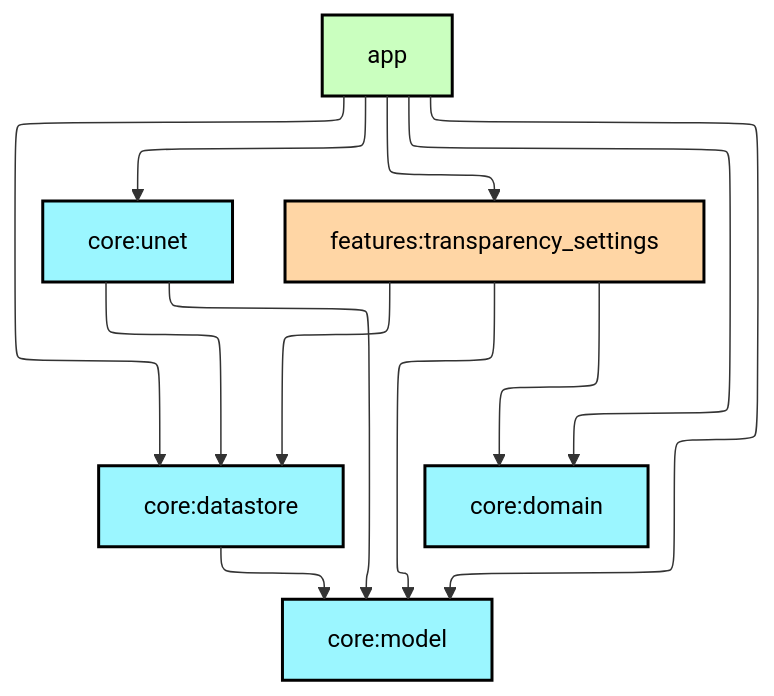
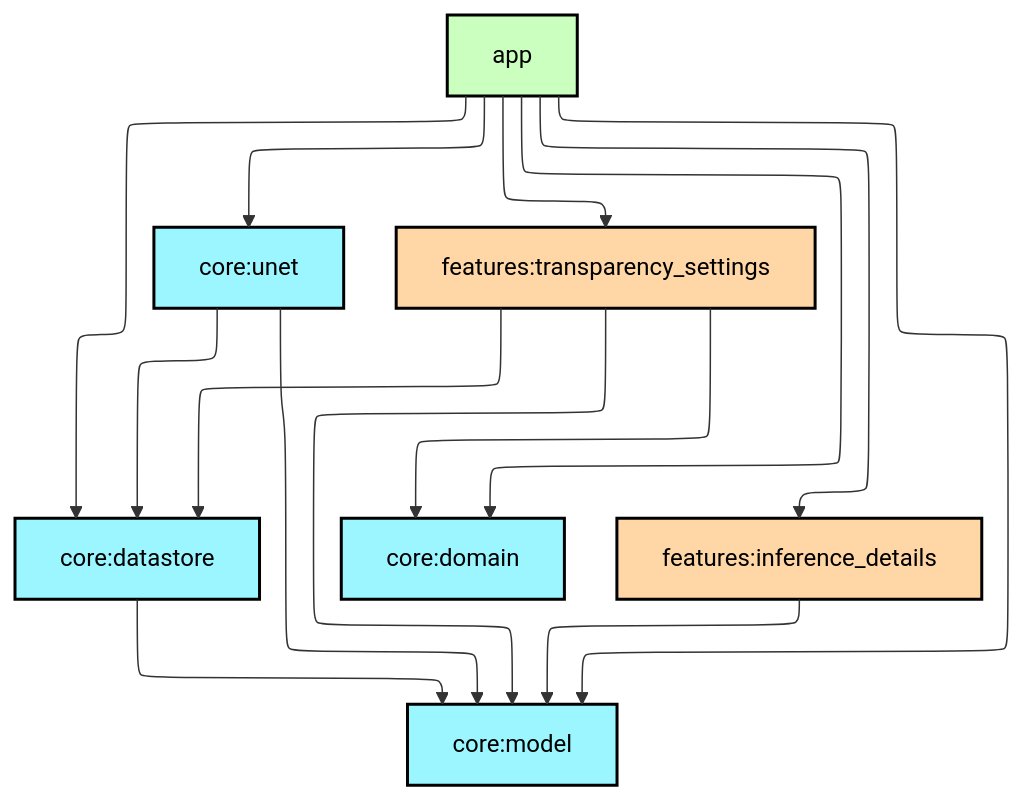
The first of 2 diagrams in UnetApplication/README.md (NikitaKorablev/UnetClassApplication), drawn with Mermaid before and after one commit. The commit also changed other lines of this file, not shown here.

Commit message:
docs: update README.md to reflect current modular architecture

````diff
--- a/UnetApplication/README.md
+++ b/UnetApplication/README.md
@@ -50,37 +51,41 @@
 ```mermaid
 ---
 config:
   layout: elk
   elk:
     nodePlacementStrategy: SIMPLE
 ---
 graph TB
   :app[app]:::android-application
   :core:unet[core:unet]:::android-library
   :core:model[core:model]:::android-library
   :core:datastore[core:datastore]:::android-library
   :core:domain[core:domain]:::android-library
   :features:transparency_settings[features:transparency_settings]:::android-feature
+  :features:inference_details[features:inference_details]:::android-feature
 
   :app --> :core:unet
   :app --> :core:model
   :app --> :core:datastore
   :app --> :core:domain
   :app --> :features:transparency_settings
+  :app --> :features:inference_details
   
   :core:unet --> :core:model
   :core:unet --> :core:datastore
   
   :core:datastore --> :core:model
   
   :features:transparency_settings --> :core:domain
   :features:transparency_settings --> :core:model
   :features:transparency_settings --> :core:datastore
 
+  :features:inference_details --> :core:model
+
 classDef android-application fill:#CAFFBF,stroke:#000,stroke-width:2px,color:#000;
 classDef android-feature fill:#FFD6A5,stroke:#000,stroke-width:2px,color:#000;
 classDef android-library fill:#9BF6FF,stroke:#000,stroke-width:2px,color:#000;
 classDef android-test fill:#A0C4FF,stroke:#000,stroke-width:2px,color:#000;
 classDef jvm-library fill:#BDB2FF,stroke:#000,stroke-width:2px,color:#000;
 classDef unknown fill:#FFADAD,stroke:#000,stroke-width:2px,color:#000;
 ```
````
